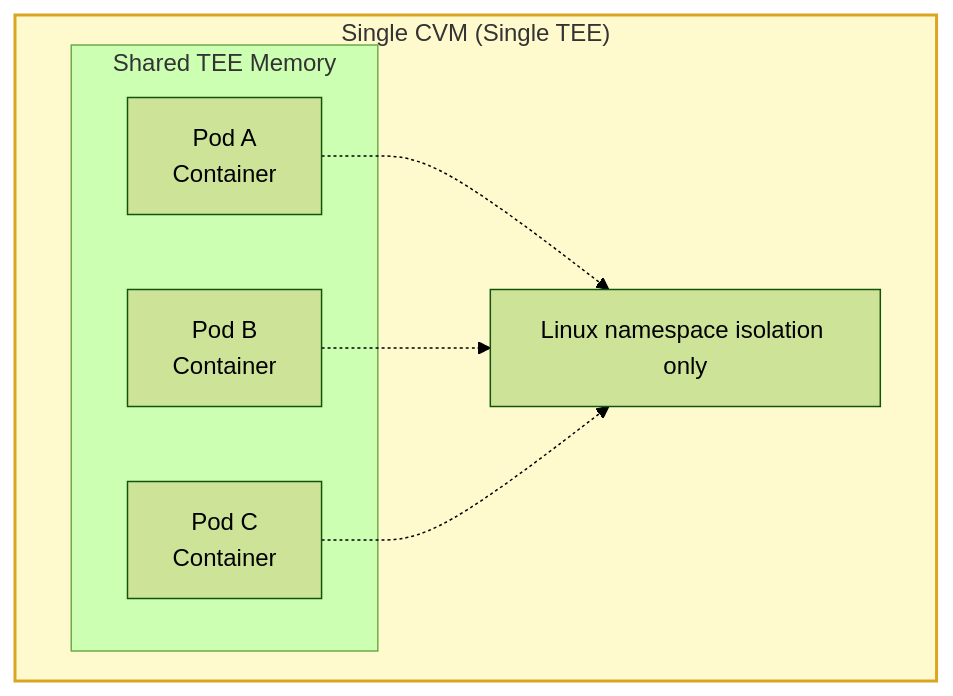
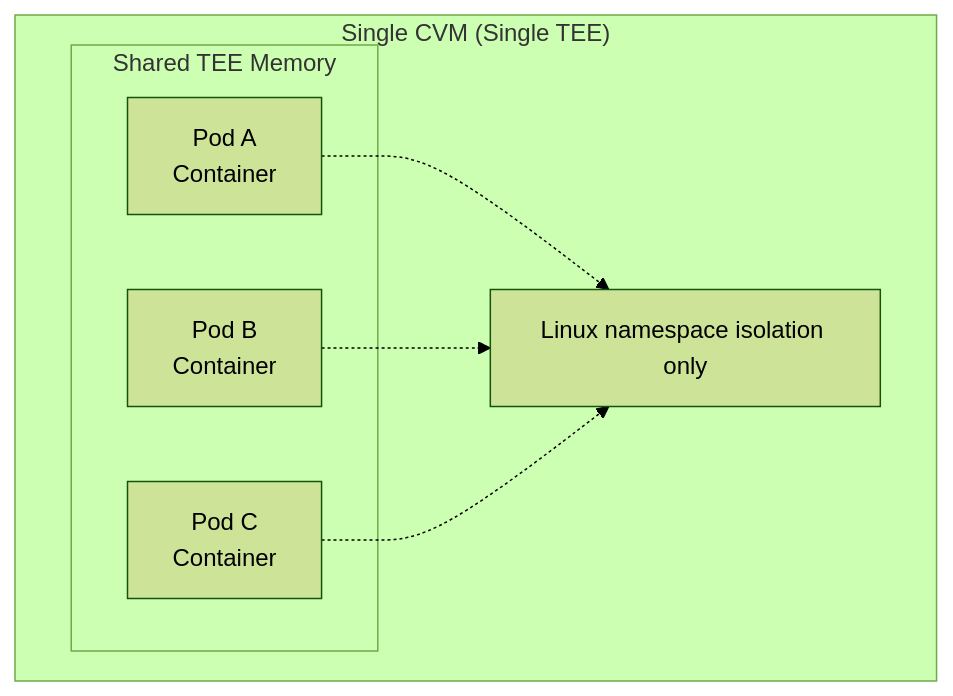
Before and after one commit to scontain/encrypted_container_images: diagram 15 of 15 in PROPOSAL.md, drawn with Mermaid (forest theme). The commit also changed other lines of this file, not shown here.

````diff
--- a/PROPOSAL.md
+++ b/PROPOSAL.md
@@ -584,17 +717,16 @@
 ```mermaid
 flowchart TB
     subgraph CVM["Single CVM (Single TEE)"]
         subgraph Shared["Shared TEE Memory"]
             PA["Pod A<br/>Container"]
             PB["Pod B<br/>Container"]
             PC["Pod C<br/>Container"]
         end
         NS["Linux namespace isolation only"]
     end
     
     PA -.-> NS
     PB -.-> NS
     PC -.-> NS
     
-    style CVM fill:#FFFACD,stroke:#DAA520,stroke-width:2px
 ```
````
